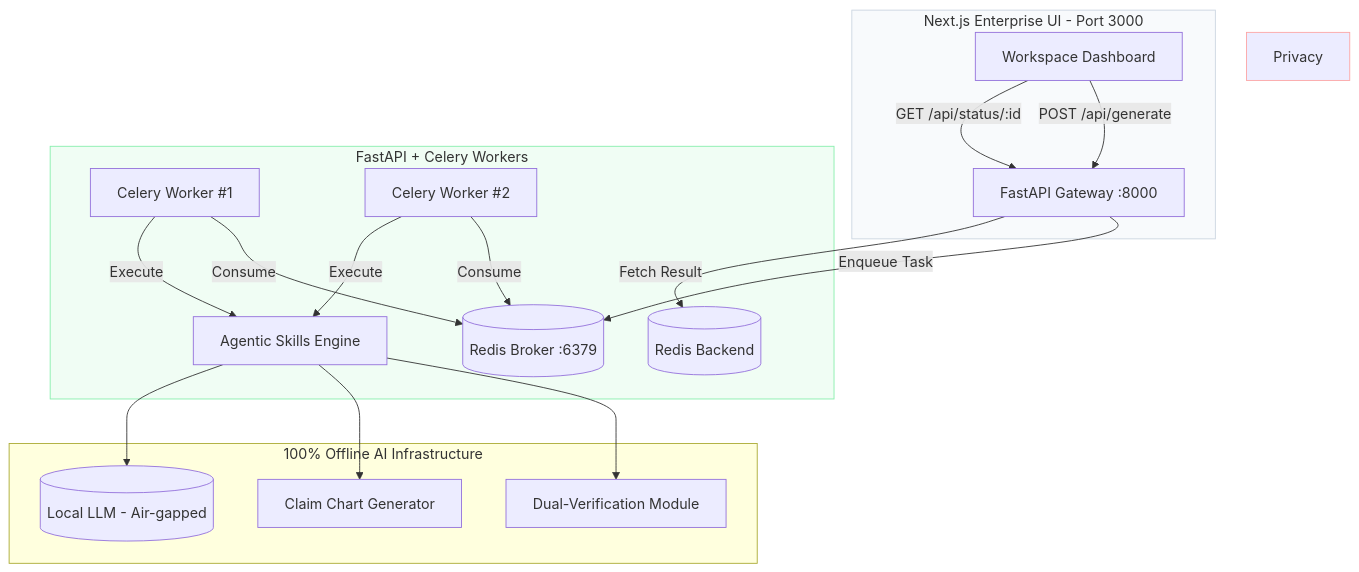
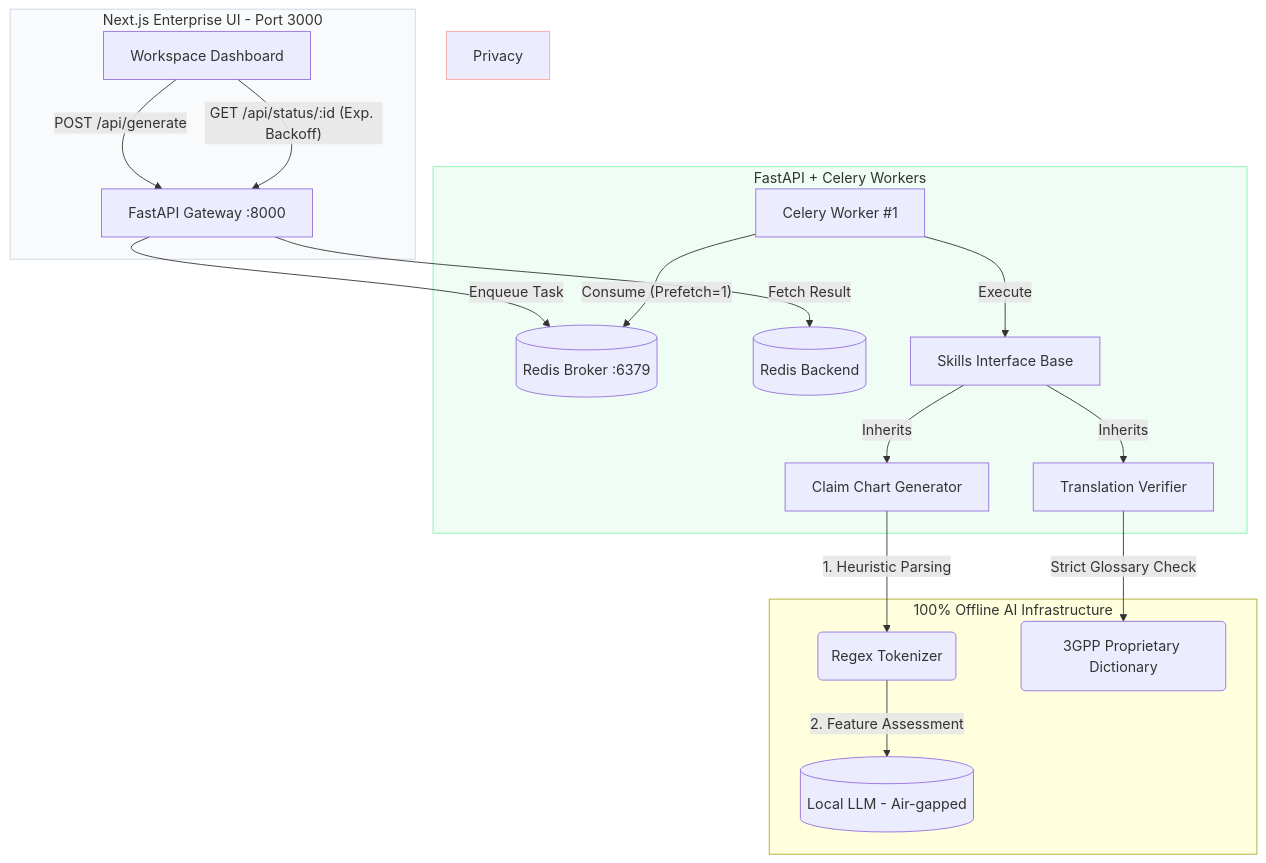
The diagram in README.md (sinonchum/PatentFlow), drawn with Mermaid before and after one commit. The commit also changed other lines of this file and 8 other files, not shown here.

````diff
--- a/README.md
+++ b/README.md
@@ -34,28 +35,28 @@
 ```mermaid
 graph TD
     subgraph Frontend [Next.js Enterprise UI - Port 3000]
-        UI[Workspace Dashboard] -->|POST /api/generate| API[FastAPI Gateway :8000]
-        UI -->|GET /api/status/:id| API
+        UI[Workspace Dashboard] -->|"POST /api/generate"| API[FastAPI Gateway :8000]
+        UI -->|"GET /api/status/:id (Exp. Backoff)"| API
     end
 
     subgraph Backend [FastAPI + Celery Workers]
-        API -->|Enqueue Task| Broker[(Redis Broker :6379)]
-        API -->|Fetch Result| BackendRedis[(Redis Backend)]
+        API -->|"Enqueue Task"| Broker[(Redis Broker :6379)]
+        API -->|"Fetch Result"| BackendRedis[(Redis Backend)]
         
-        Worker1[Celery Worker #1] -->|Consume| Broker
-        Worker2[Celery Worker #2] -->|Consume| Broker
+        Worker1[Celery Worker #1] -->|"Consume (Prefetch=1)"| Broker
         
-        Worker1 -->|Execute| Skills[Agentic Skills Engine]
-        Worker2 -->|Execute| Skills
+        Worker1 -->|"Execute"| Base[Skills Interface Base]
+        Base -->|"Inherits"| S1[Translation Verifier]
+        Base -->|"Inherits"| S2[Claim Chart Generator]
     end
 
     subgraph Privacy Layer [100% Offline AI Infrastructure]
-        Skills --> S1[Dual-Verification Module]
-        Skills --> S2[Claim Chart Generator]
-        Skills --> LLM[(Local LLM - Air-gapped)]
+        S2 -->|"1. Heuristic Parsing"| Tokenizer(Regex Tokenizer)
+        Tokenizer -->|"2. Feature Assessment"| LLM[(Local LLM - Air-gapped)]
+        S1 -->|"Strict Glossary Check"| Dict(3GPP Proprietary Dictionary)
     end
 
     style Frontend fill:#f8fafc,stroke:#cbd5e1
     style Backend fill:#f0fdf4,stroke:#86efac
     style Privacy Layer fill:#fef2f2,stroke:#fca5a5
 ```
````
